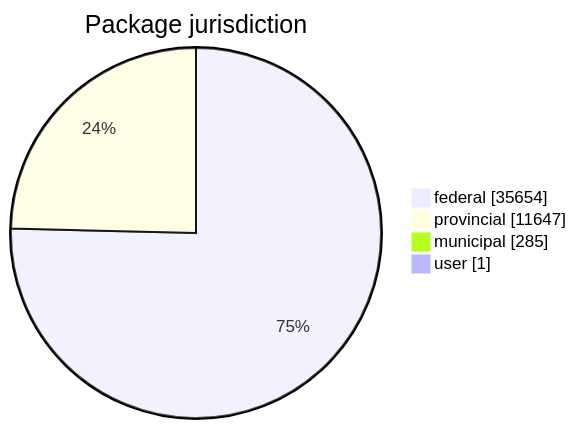
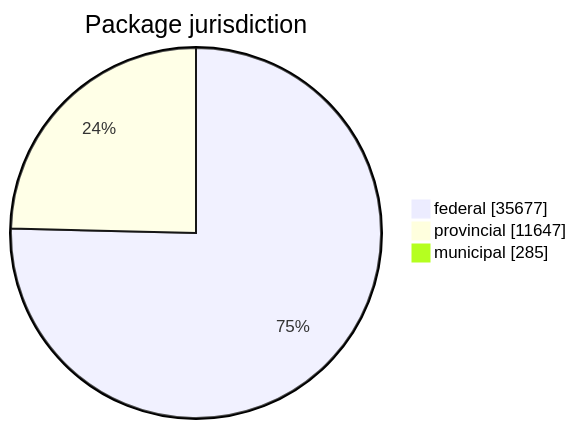
The first of 5 diagrams in FreshCheck/README.md (open-data/analytics-corporate-reporting), drawn with Mermaid before and after one commit. The commit also changed other lines of this file and 3 other files, not shown here.

````diff
--- a/FreshCheck/README.md
+++ b/FreshCheck/README.md
@@ -60,7 +60,6 @@
 ```mermaid
 pie showData title Package jurisdiction
-    "federal": 35654
+    "federal": 35677
     "provincial": 11647
     "municipal": 285
-    "user": 1
 ```
````
